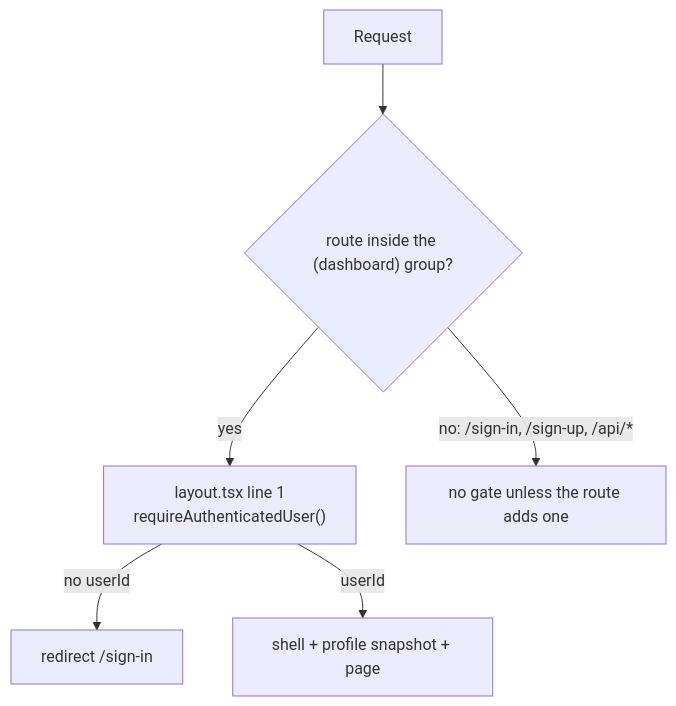
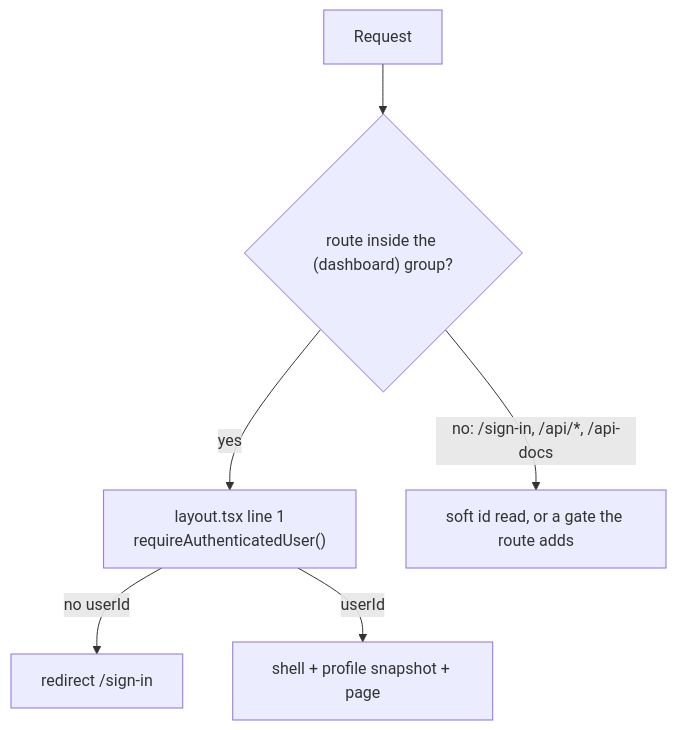
Before and after one commit to shuakyle21/tesda-compliance-manager: the first of 2 diagrams in openwiki/modules/auth-and-provisioning.md, drawn with Mermaid. The commit also changed other lines of this file and 48 other files, not shown here.

````diff
--- a/openwiki/modules/auth-and-provisioning.md
+++ b/openwiki/modules/auth-and-provisioning.md
@@ -37,8 +124,8 @@
 ```mermaid
 flowchart TD
     Req["Request"] --> Where{"route inside the (dashboard) group?"}
     Where -->|yes| Gate["layout.tsx line 1<br/>requireAuthenticatedUser()"]
     Gate -->|"no userId"| SI["redirect /sign-in"]
     Gate -->|userId| Shell["shell + profile snapshot + page"]
-    Where -->|"no: /sign-in, /sign-up, /api/*"| Own["no gate unless the route adds one"]
+    Where -->|"no: /sign-in, /api/*, /api-docs"| Own["soft id read, or a gate the route adds"]
 ```
````
